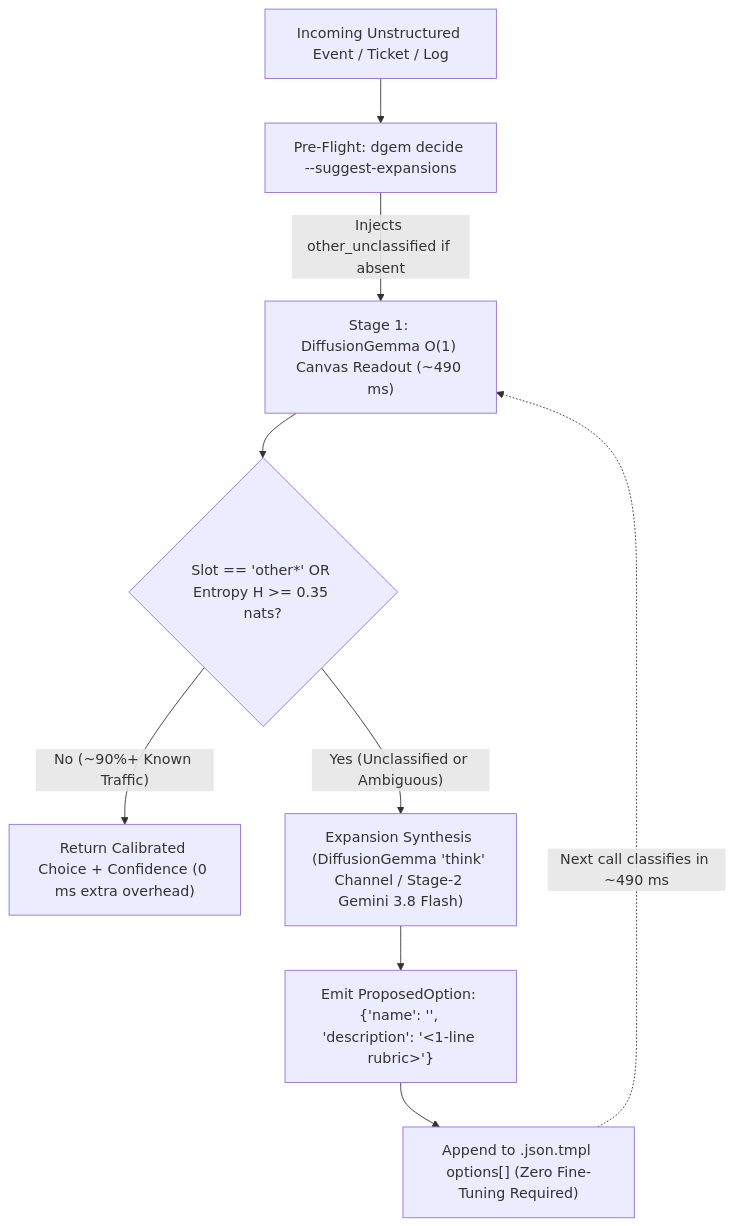
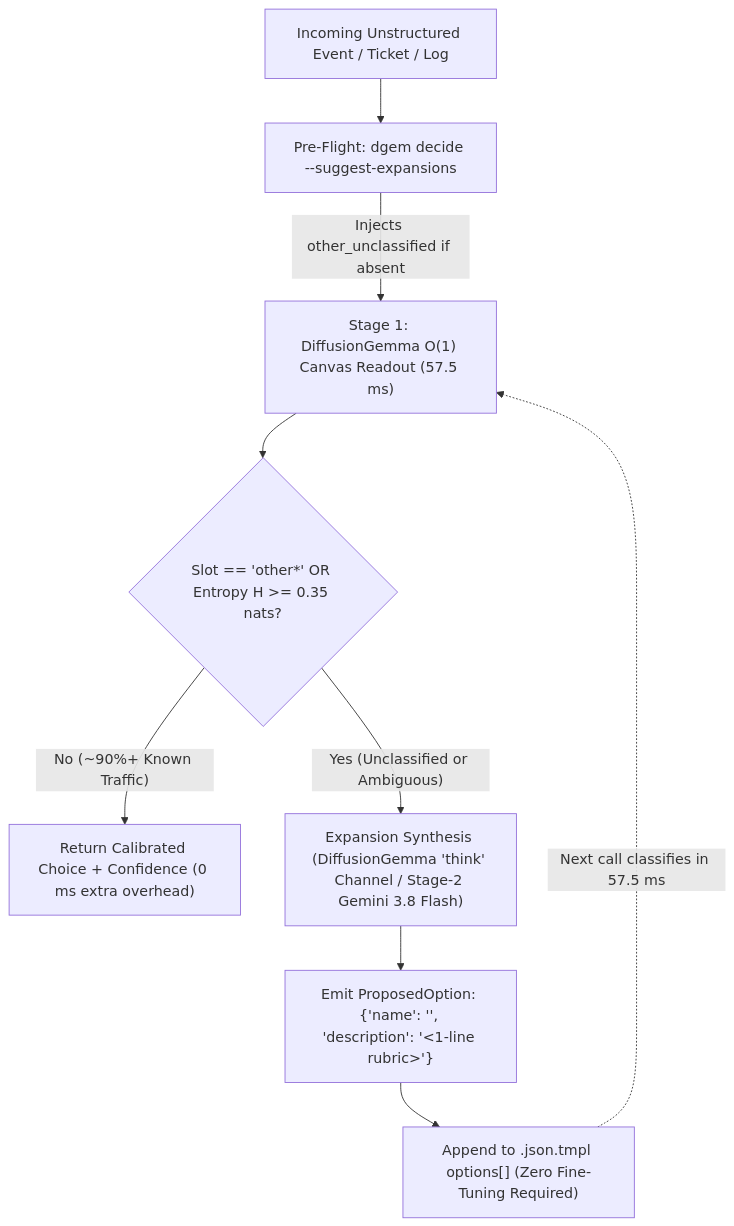
One commit to ghchinoy/dgem changed the diagram in docs-site/src/content/docs/taxonomy-discovery.md. Above: the diagram before and after it, drawn with Mermaid. The commit also changed other lines of this file and 35 other files, not shown here.

````diff
--- a/docs-site/src/content/docs/taxonomy-discovery.md
+++ b/docs-site/src/content/docs/taxonomy-discovery.md
@@ -21,11 +21,12 @@
 ```mermaid
 flowchart TD
     A["Incoming Unstructured Event / Ticket / Log"] --> B["Pre-Flight: dgem decide --suggest-expansions"]
-    B -->|"Injects other_unclassified if absent"| C["Stage 1: DiffusionGemma O(1) Canvas Readout (~490 ms)"]
-    C --> D{"Slot == 'other*' OR Entropy H >= 0.35 nats?"}
+    B -->|"Injects other_unclassified if absent"| C["Stage 1: DiffusionGemma O(1) Canvas Readout (57.5 ms)"]
+    D{"Slot == 'other*' OR Entropy H >= 0.35 nats?"}
+    C --> D
     D -->|"No (~90%+ Known Traffic)"| E["Return Calibrated Choice + Confidence (0 ms extra overhead)"]
     D -->|"Yes (Unclassified or Ambiguous)"| F["Expansion Synthesis (DiffusionGemma 'think' Channel / Stage-2 Gemini 3.8 Flash)"]
     F --> G["Emit ProposedOption: {'name': '<snake_case>', 'description': '<1-line rubric>'}"]
     G --> H["Append to .json.tmpl options[] (Zero Fine-Tuning Required)"]
-    H -.->|"Next call classifies in ~490 ms"| C
+    H -.->|"Next call classifies in 57.5 ms"| C
 ```
````
